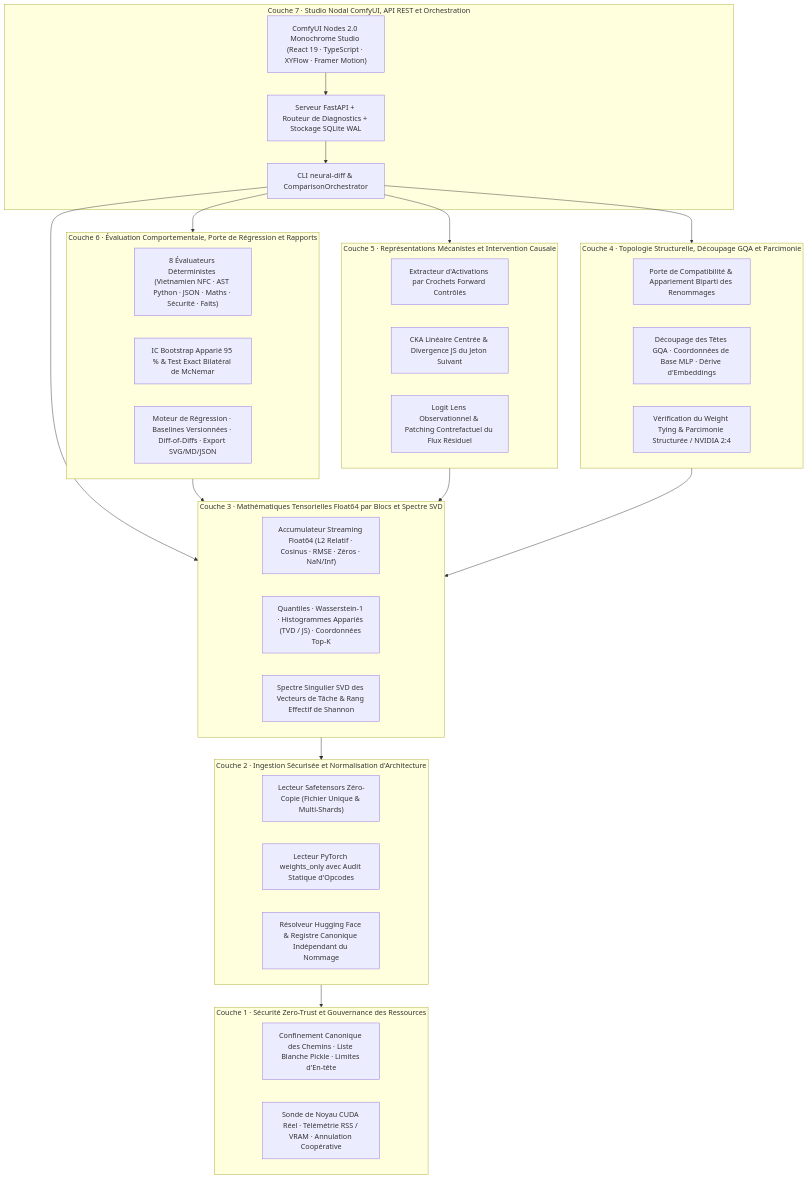
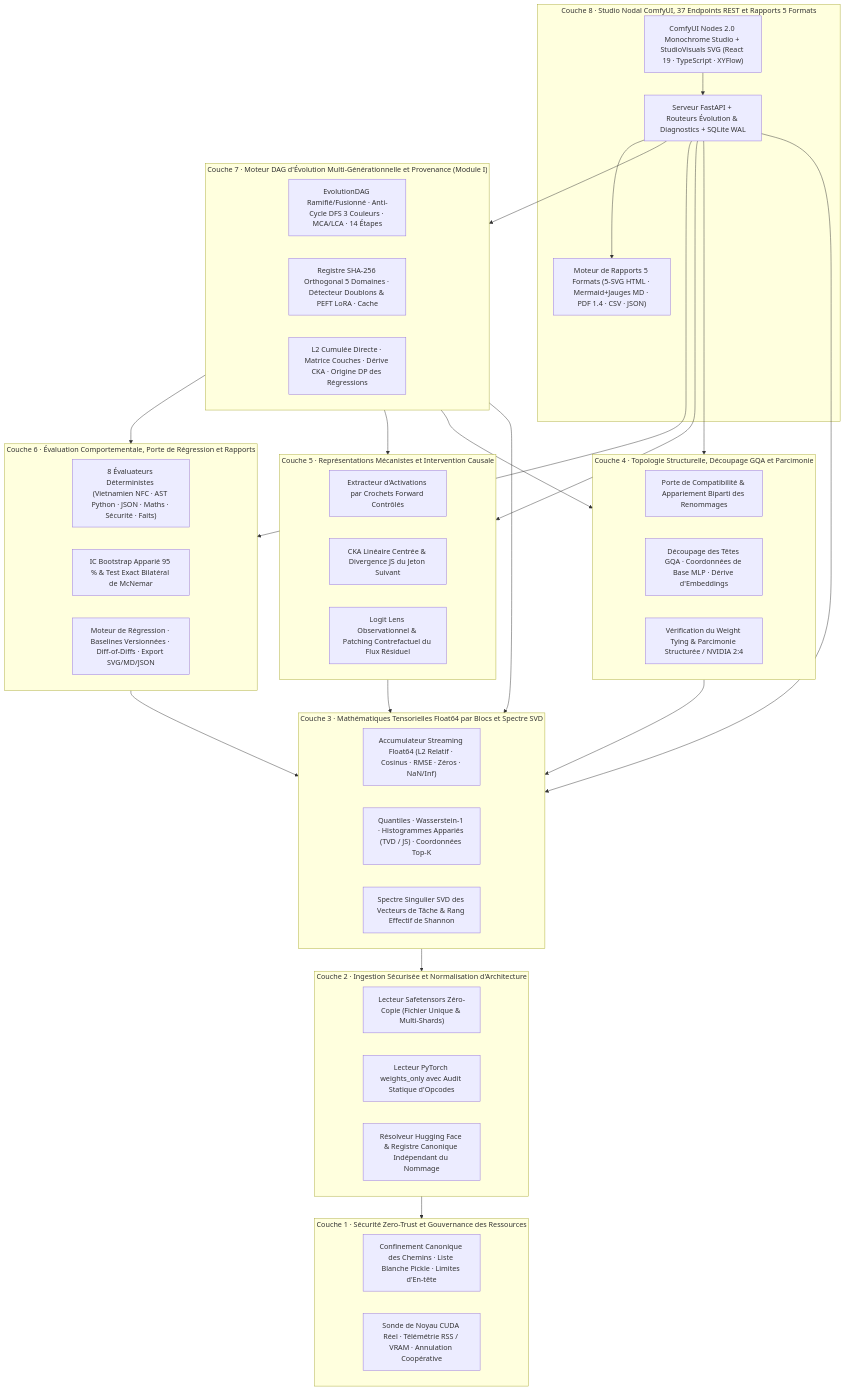
One commit to williamcachamwri/neural-diff changed the first of 2 diagrams in docs/i18n/README.fr.md. Above: the diagram before and after it, drawn with Mermaid. The commit also changed other lines of this file and 71 other files, not shown here.

````diff
--- a/docs/i18n/README.fr.md
+++ b/docs/i18n/README.fr.md
@@ -68,47 +69,54 @@
 ```mermaid
 flowchart TB
-    subgraph L7["Couche 7 · Studio Nodal ComfyUI, API REST et Orchestration"]
-        UI["ComfyUI Nodes 2.0 Monochrome Studio (React 19 · TypeScript · XYFlow · Framer Motion)"]
-        API["Serveur FastAPI + Routeur de Diagnostics + Stockage SQLite WAL"]
-        CLI["CLI neural-diff & ComparisonOrchestrator"]
+    subgraph L8["Couche 8 · Studio Nodal ComfyUI, 37 Endpoints REST et Rapports 5 Formats"]
+        UI["ComfyUI Nodes 2.0 Monochrome Studio + StudioVisuals SVG (React 19 · TypeScript · XYFlow)"]
+        API["Serveur FastAPI + Routeurs Évolution & Diagnostics + SQLite WAL"]
+        CLI["Moteur de Rapports 5 Formats (5-SVG HTML · Mermaid+Jauges MD · PDF 1.4 · CSV · JSON)"]
+    end
+
+    subgraph L7["Couche 7 · Moteur DAG d'Évolution Multi-Générationnelle et Provenance (Module I)"]
+        DAG["EvolutionDAG Ramifié/Fusionné · Anti-Cycle DFS 3 Couleurs · MCA/LCA · 14 Étapes"]
+        REG_CKPT["Registre SHA-256 Orthogonal 5 Domaines · Détecteur Doublons & PEFT LoRA · Cache"]
+        EVO_ENG["L2 Cumulée Directe · Matrice Couches · Dérive CKA · Origine DP des Régressions"]
     end
 
     subgraph L6["Couche 6 · Évaluation Comportementale, Porte de Régression et Rapports"]
         BEH["8 Évaluateurs Déterministes (Vietnamien NFC · AST Python · JSON · Maths · Sécurité · Faits)"]
         STATS_B["IC Bootstrap Apparié 95 % & Test Exact Bilatéral de McNemar"]
         REG["Moteur de Régression · Baselines Versionnées · Diff-of-Diffs · Export SVG/MD/JSON"]
     end
 
     subgraph L5["Couche 5 · Représentations Mécanistes et Intervention Causale"]
         HOOK["Extracteur d'Activations par Crochets Forward Contrôlés"]
         CKA["CKA Linéaire Centrée & Divergence JS du Jeton Suivant"]
         LENS["Logit Lens Observationnel & Patching Contrefactuel du Flux Résiduel"]
     end
 
     subgraph L4["Couche 4 · Topologie Structurelle, Découpage GQA et Parcimonie"]
         COMPAT["Porte de Compatibilité & Appariement Biparti des Renommages"]
         GQA["Découpage des Têtes GQA · Coordonnées de Base MLP · Dérive d'Embeddings"]
         SPARSE["Vérification du Weight Tying & Parcimonie Structurée / NVIDIA 2:4"]
     end
 
     subgraph L3["Couche 3 · Mathématiques Tensorielles Float64 par Blocs et Spectre SVD"]
         CHUNK["Accumulateur Streaming Float64 (L2 Relatif · Cosinus · RMSE · Zéros · NaN/Inf)"]
         DIST["Quantiles · Wasserstein-1 · Histogrammes Appariés (TVD / JS) · Coordonnées Top-K"]
         SVD["Spectre Singulier SVD des Vecteurs de Tâche & Rang Effectif de Shannon"]
     end
 
     subgraph L2["Couche 2 · Ingestion Sécurisée et Normalisation d'Architecture"]
         SAFE["Lecteur Safetensors Zéro-Copie (Fichier Unique & Multi-Shards)"]
         PTSAFE["Lecteur PyTorch weights_only avec Audit Statique d'Opcodes"]
         HFHUB["Résolveur Hugging Face & Registre Canonique Indépendant du Nommage"]
     end
 
     subgraph L1["Couche 1 · Sécurité Zero-Trust et Gouvernance des Ressources"]
         SEC["Confinement Canonique des Chemins · Liste Blanche Pickle · Limites d'En-tête"]
         RES["Sonde de Noyau CUDA Réel · Télémétrie RSS / VRAM · Annulation Coopérative"]
     end
 
     UI --> API --> CLI
-    CLI --> L6 & L5 & L4 & L3
+    API --> L7 & L6 & L5 & L4 & L3
+    L7 --> L6 & L5 & L4 & L3
     L6 & L5 & L4 --> L3 --> L2 --> L1
 ```
````
